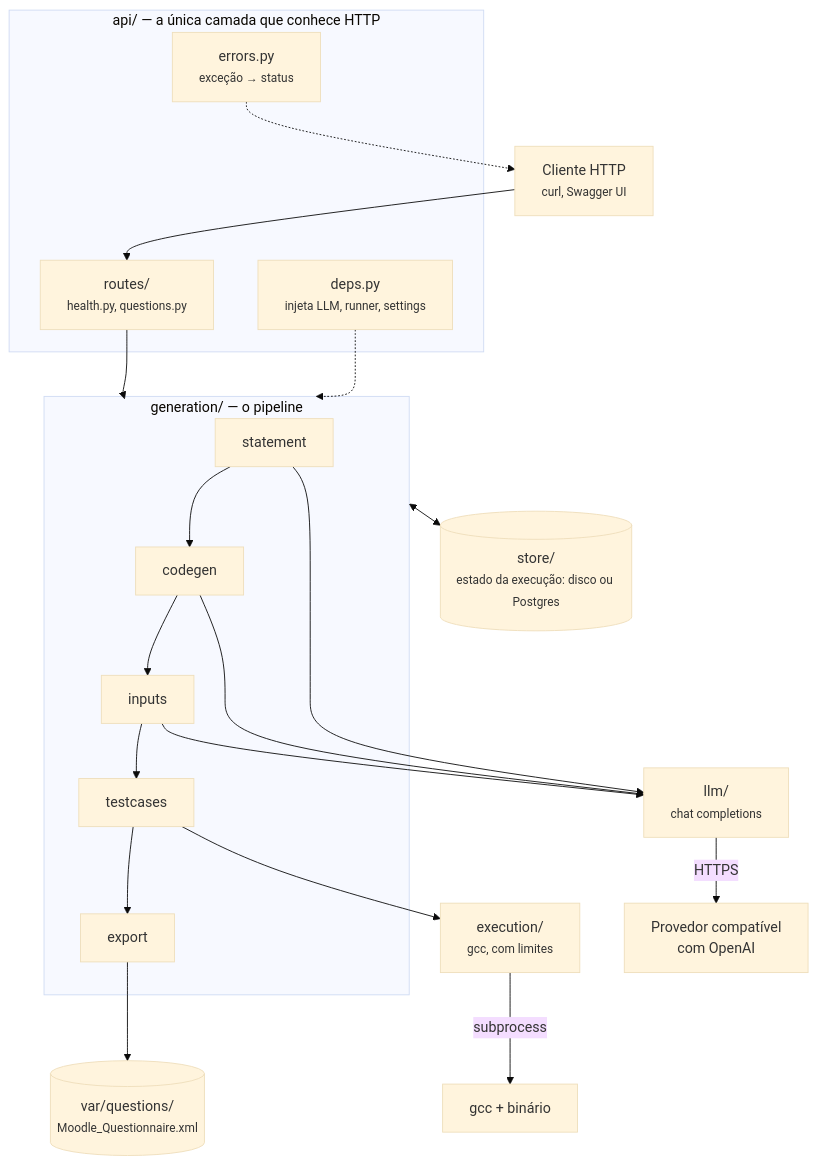
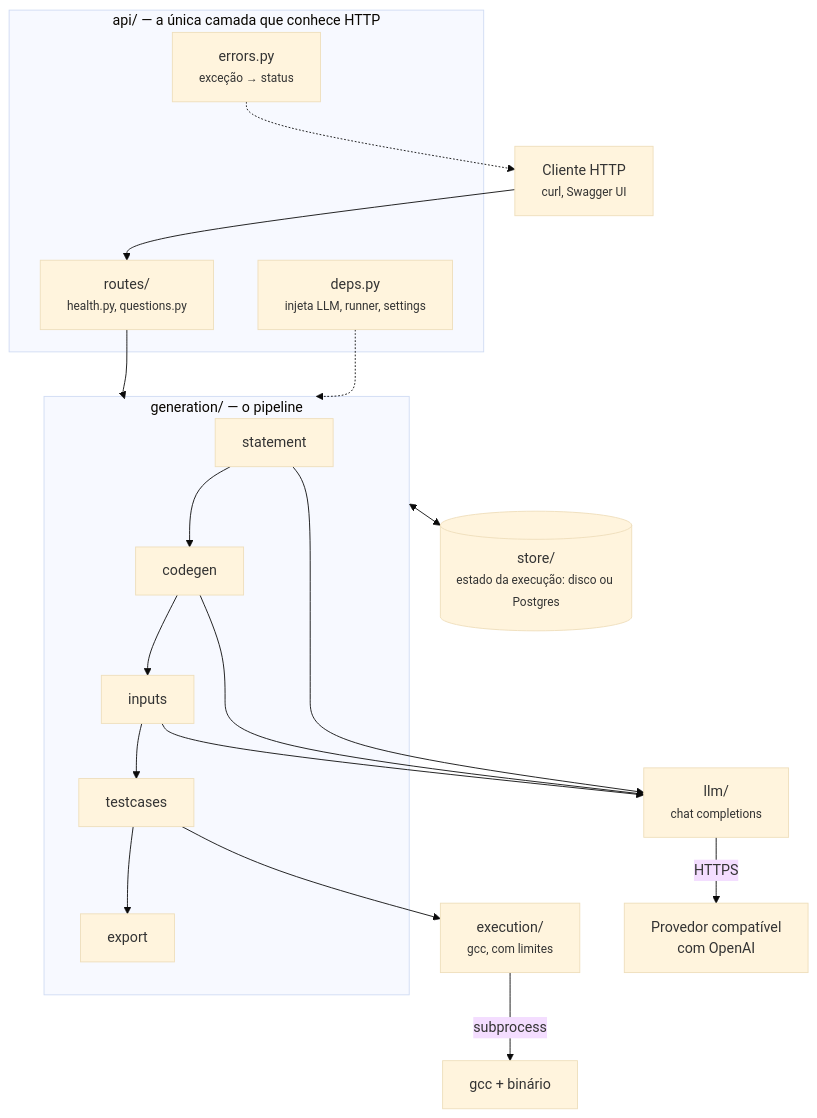
Before and after one commit to TUTOR-IA-Makers/tutor-ia: the first of 4 diagrams in docs/architecture/index.md, drawn with Mermaid (base theme). The commit also changed other lines of this file and 14 other files, not shown here.

````diff
--- a/docs/architecture/index.md
+++ b/docs/architecture/index.md
@@ -10,34 +10,32 @@
 ```mermaid
 flowchart TD
     Cliente["Cliente HTTP<br/><small>curl, Swagger UI</small>"]
 
     subgraph API["api/ — a única camada que conhece HTTP"]
         Rotas["routes/<br/><small>health.py, questions.py</small>"]
         Erros["errors.py<br/><small>exceção → status</small>"]
         Deps["deps.py<br/><small>injeta LLM, runner, settings</small>"]
     end
 
     subgraph GEN["generation/ — o pipeline"]
         S1["statement"] --> S2["codegen"] --> S3["inputs"] --> S4["testcases"] --> S5["export"]
     end
 
     LLM["llm/<br/><small>chat completions</small>"]
     EXE["execution/<br/><small>gcc, com limites</small>"]
     WS[("store/<br/><small>estado da execução: disco ou Postgres</small>")]
-    XML[("var/questions/<br/><small>Moodle_Questionnaire.xml</small>")]
 
     Cliente --> Rotas
     Rotas --> GEN
     Erros -.-> Cliente
     Deps -.-> GEN
 
     S1 --> LLM
     S2 --> LLM
     S3 --> LLM
     S4 --> EXE
     GEN <--> WS
-    S5 --> XML
 
     LLM -->|HTTPS| Fornecedor["Provedor compatível<br/>com OpenAI"]
     EXE -->|subprocess| GCC["gcc + binário"]
 ```
````
